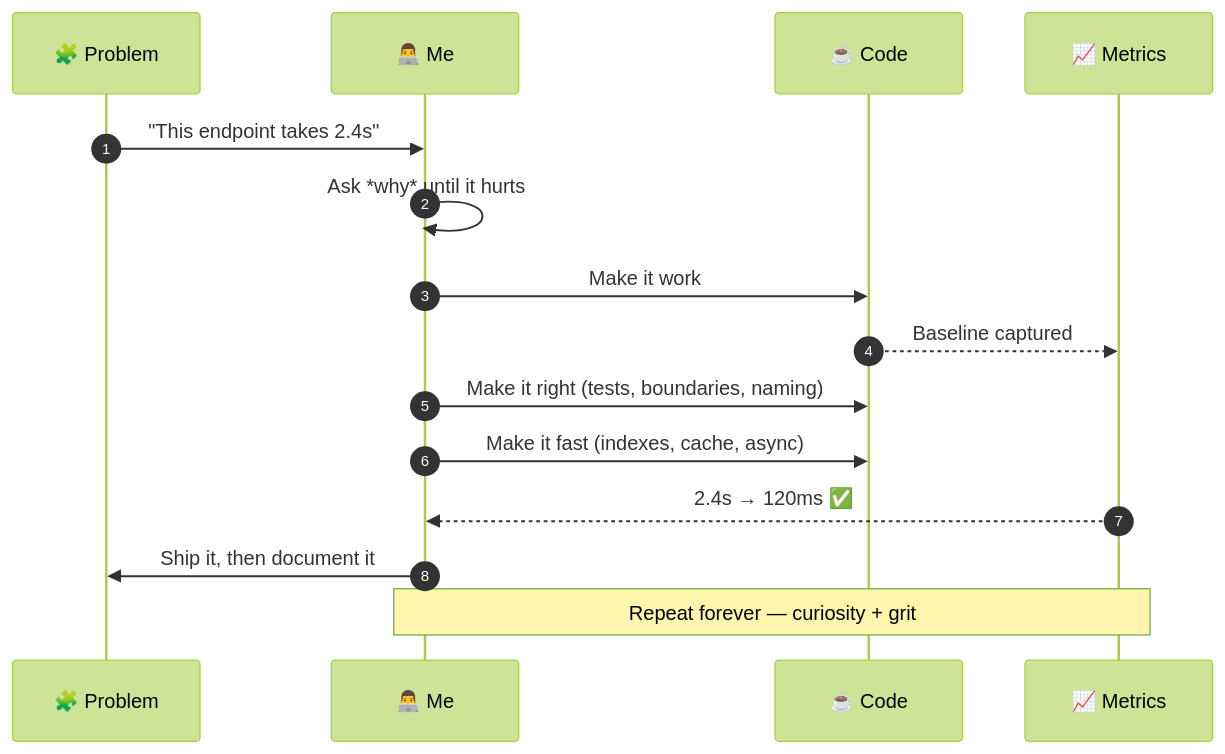
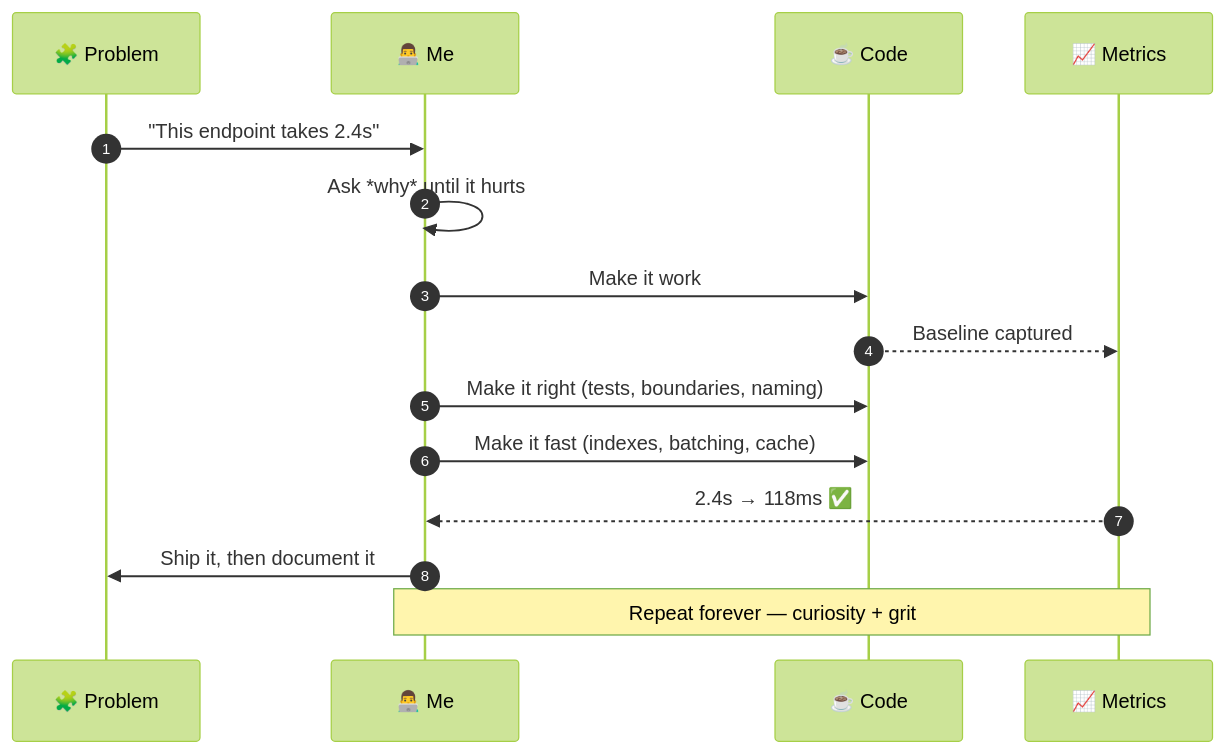
Before and after one commit to Dastanoyx/Dastanoyx: the first of 2 diagrams in README.md, drawn with Mermaid (forest theme). The commit also changed other lines of this file and 1 other file, not shown here.

````diff
--- a/README.md
+++ b/README.md
@@ -131,18 +116,18 @@
 ```mermaid
 sequenceDiagram
     autonumber
     participant P as 🧩 Problem
     participant Y as 👨‍💻 Me
     participant C as ☕ Code
     participant M as 📈 Metrics
 
     P->>Y: "This endpoint takes 2.4s"
     Y->>Y: Ask *why* until it hurts
     Y->>C: Make it work
     C-->>M: Baseline captured
     Y->>C: Make it right (tests, boundaries, naming)
-    Y->>C: Make it fast (indexes, cache, async)
-    M-->>Y: 2.4s → 120ms ✅
+    Y->>C: Make it fast (indexes, batching, cache)
+    M-->>Y: 2.4s → 118ms ✅
     Y->>P: Ship it, then document it
     Note over Y,M: Repeat forever — curiosity + grit
 ```
````
